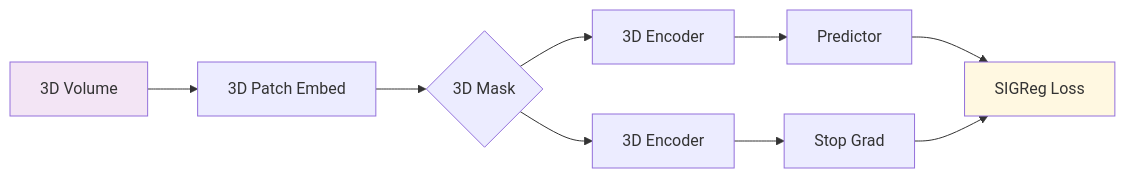
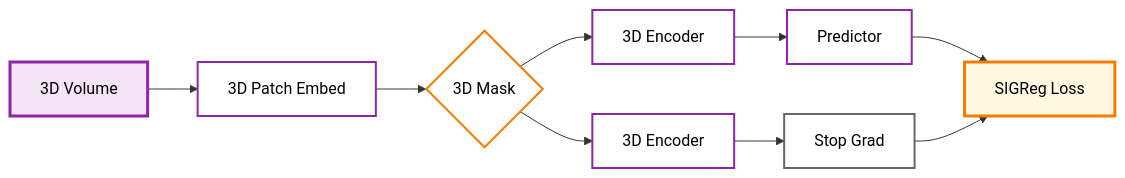
Before and after one commit to prthmmkhija1/MedJEPA: the second of 5 diagrams in README.md, drawn with Mermaid. The commit also changed other lines of this file, not shown here.

````diff
--- a/README.md
+++ b/README.md
@@ -66,14 +75,20 @@
 ```mermaid
 flowchart LR
     A[3D Volume] --> B[3D Patch Embed]
     B --> C{3D Mask}
     C --> D[3D Encoder]
     C --> E[3D Encoder]
     D --> F[Predictor]
     E --> G[Stop Grad]
     F --> H[SIGReg Loss]
     G --> H
 
-    style A fill:#f3e5f5
-    style H fill:#fff8e1
+    style A fill:#f3e5f5,stroke:#8e24aa,stroke-width:3px,color:#000
+    style B fill:#fff,stroke:#8e24aa,stroke-width:2px,color:#000
+    style C fill:#fff,stroke:#f57c00,stroke-width:2px,color:#000
+    style D fill:#fff,stroke:#8e24aa,stroke-width:2px,color:#000
+    style E fill:#fff,stroke:#8e24aa,stroke-width:2px,color:#000
+    style F fill:#fff,stroke:#8e24aa,stroke-width:2px,color:#000
+    style G fill:#fff,stroke:#666,stroke-width:2px,color:#000
+    style H fill:#fff8e1,stroke:#f57c00,stroke-width:3px,color:#000
 ```
````
